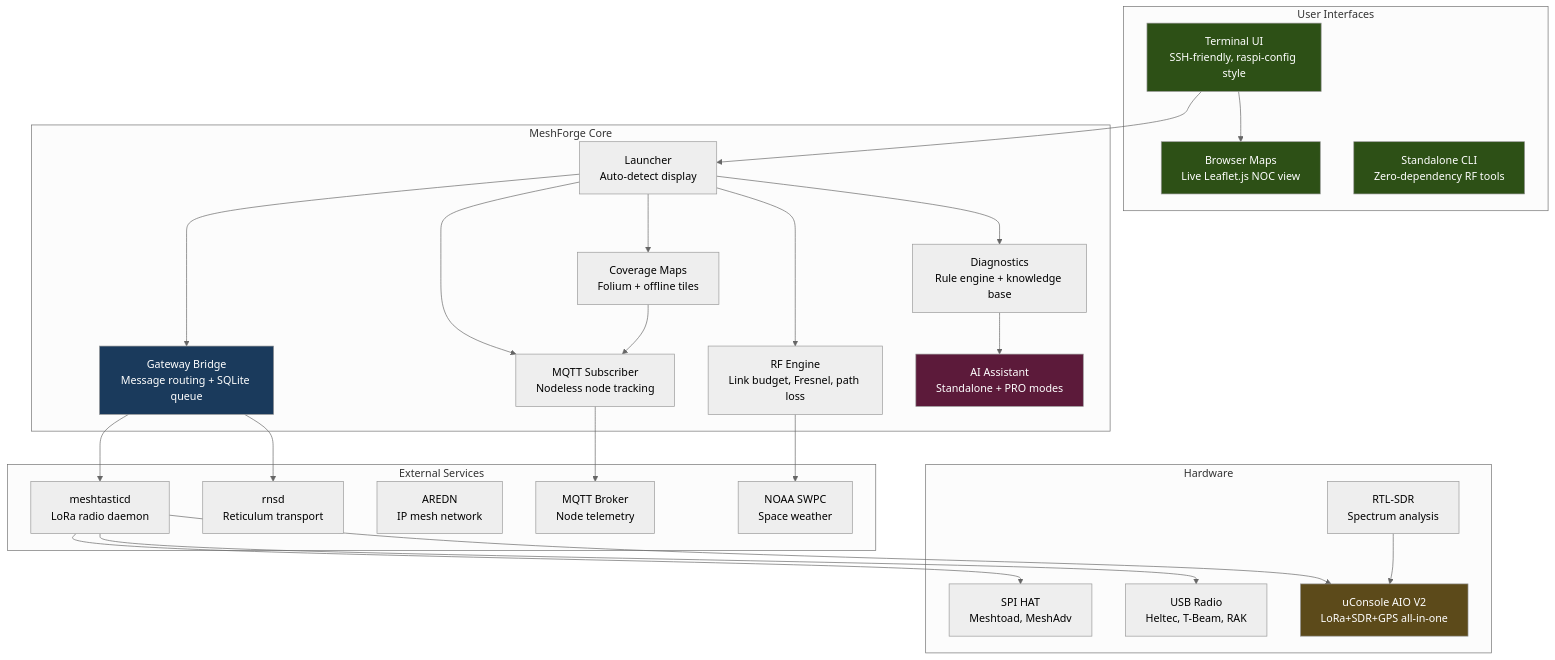
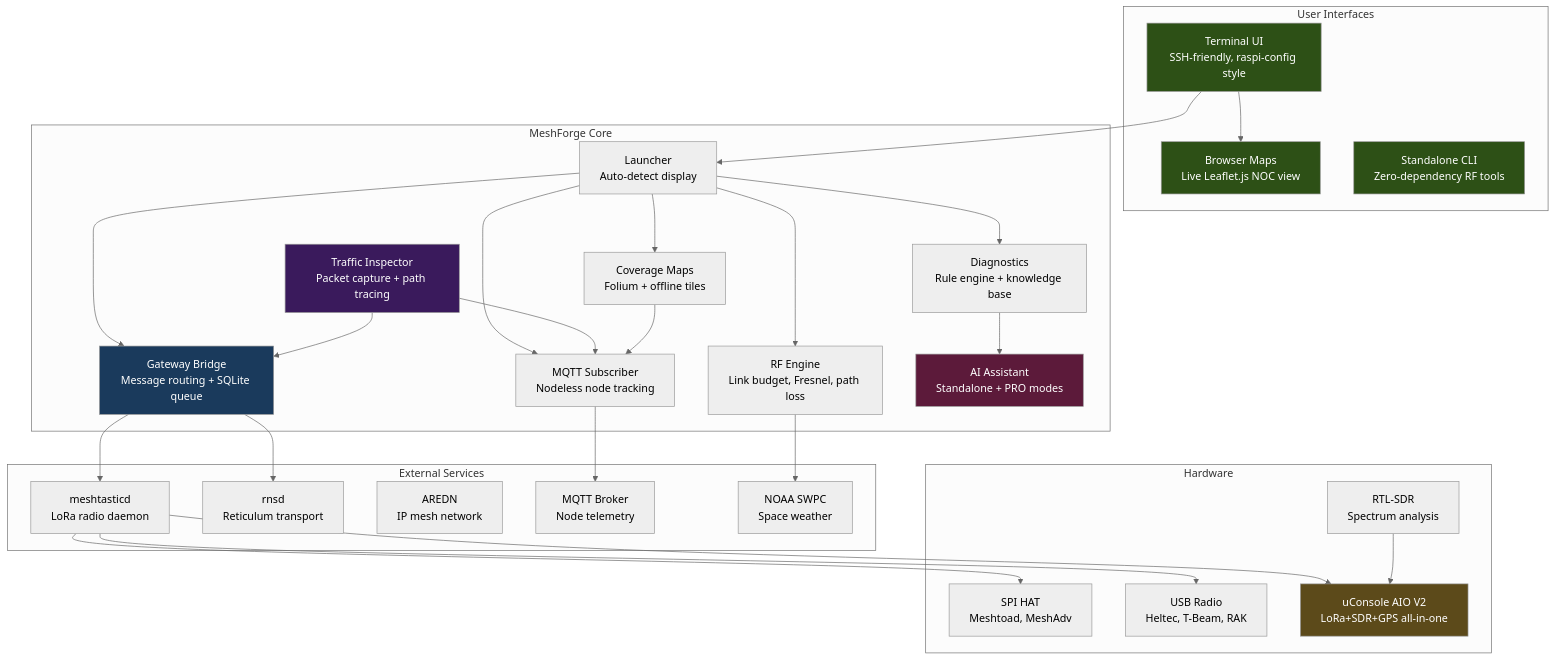
Before and after one commit to Nursedude/meshanchor: the first of 2 diagrams in README.md, drawn with Mermaid (neutral theme). The commit also changed other lines of this file and 14 other files, not shown here.

````diff
--- a/README.md
+++ b/README.md
@@ -237,60 +235,64 @@
 ```mermaid
 graph TB
     subgraph User Interfaces
         TUI[Terminal UI<br>SSH-friendly, raspi-config style]
         BROWSER[Browser Maps<br>Live Leaflet.js NOC view]
         CLI[Standalone CLI<br>Zero-dependency RF tools]
     end
 
     subgraph MeshForge Core
         LAUNCHER[Launcher<br>Auto-detect display]
         GATEWAY[Gateway Bridge<br>Message routing + SQLite queue]
         MONITOR[MQTT Subscriber<br>Nodeless node tracking]
+        TRAFFIC[Traffic Inspector<br>Packet capture + path tracing]
         MAPS[Coverage Maps<br>Folium + offline tiles]
         RF[RF Engine<br>Link budget, Fresnel, path loss]
         DIAG[Diagnostics<br>Rule engine + knowledge base]
         AI[AI Assistant<br>Standalone + PRO modes]
     end
 
     subgraph External Services
         MESHTASTICD[meshtasticd<br>LoRa radio daemon]
         RNSD[rnsd<br>Reticulum transport]
         AREDN_NET[AREDN<br>IP mesh network]
         MQTT[MQTT Broker<br>Node telemetry]
         NOAA[NOAA SWPC<br>Space weather]
     end
 
     subgraph Hardware
         SPI[SPI HAT<br>Meshtoad, MeshAdv]
         USB[USB Radio<br>Heltec, T-Beam, RAK]
         SDR[RTL-SDR<br>Spectrum analysis]
         UCONSOLE[uConsole AIO V2<br>LoRa+SDR+GPS all-in-one]
     end
 
     TUI --> LAUNCHER
     TUI --> BROWSER
     LAUNCHER --> GATEWAY
     LAUNCHER --> MONITOR
     LAUNCHER --> MAPS
     LAUNCHER --> RF
     LAUNCHER --> DIAG
     DIAG --> AI
 
     GATEWAY --> MESHTASTICD
     GATEWAY --> RNSD
     MONITOR --> MQTT
+    TRAFFIC --> GATEWAY
+    TRAFFIC --> MONITOR
     MAPS --> MONITOR
     RF --> NOAA
 
     MESHTASTICD --> SPI
     MESHTASTICD --> USB
     MESHTASTICD --> UCONSOLE
     SDR --> UCONSOLE
 
     style TUI fill:#2d5016,color:#fff
     style BROWSER fill:#2d5016,color:#fff
     style CLI fill:#2d5016,color:#fff
     style GATEWAY fill:#1a3a5c,color:#fff
+    style TRAFFIC fill:#3a1a5c,color:#fff
     style AI fill:#5c1a3a,color:#fff
     style UCONSOLE fill:#5c4a1a,color:#fff
 ```
````
